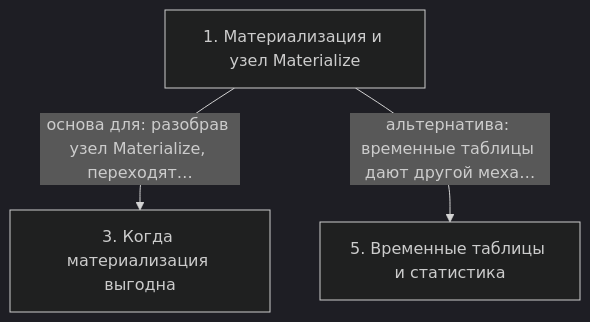
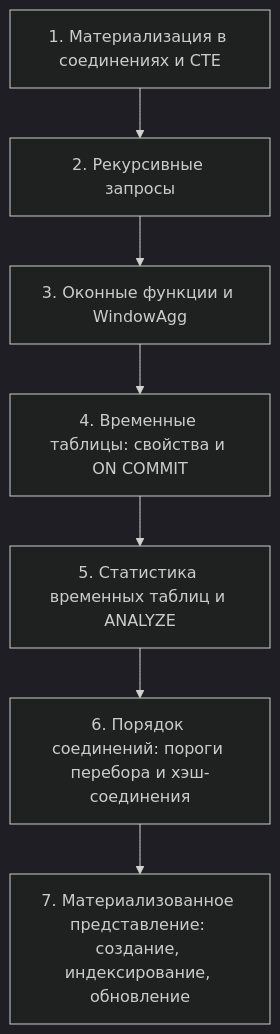
One commit to AsoloCode/notes changed the diagram in postgres-qpt/15 - QPT-16. 14. Материлизация/notes.md. Above: the diagram before and after it, drawn with Mermaid (dark theme). The commit also changed other lines of this file and 503 other files, not shown here.

First line of the commit message:
Обновить конспекты PostgreSQL (QPT-16, DEV1-16): слайды, схемы, факт-чек

````diff
--- a/postgres-qpt/15 - QPT-16. 14. Материлизация/notes.md
+++ b/postgres-qpt/15 - QPT-16. 14. Материлизация/notes.md
@@ -94,8 +635,16 @@
 ```mermaid
 flowchart TD
-    n1["1. Материализация и узел Materialize"]
-    n3["3. Когда материализация выгодна"]
-    n5["5. Временные таблицы и статистика"]
-    n1 -->|основа для: разобрав узел Materialize, переходят…| n3
-    n1 -->|альтернатива: временные таблицы дают другой меха…| n5
+    n1["1. Материализация в соединениях и CTE"]
+    n2["2. Рекурсивные запросы"]
+    n3["3. Оконные функции и WindowAgg"]
+    n4["4. Временные таблицы: свойства и ON COMMIT"]
+    n5["5. Статистика временных таблиц и ANALYZE"]
+    n6["6. Порядок соединений: пороги перебора и хэш-соединения"]
+    n7["7. Материализованное представление: создание, индексирование, обновление"]
+    n1 --> n2
+    n2 --> n3
+    n3 --> n4
+    n4 --> n5
+    n5 --> n6
+    n6 --> n7
 ```
````
